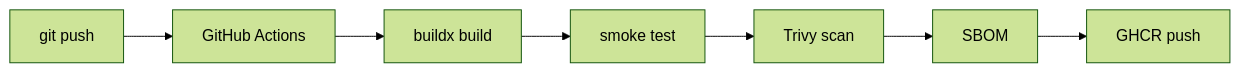
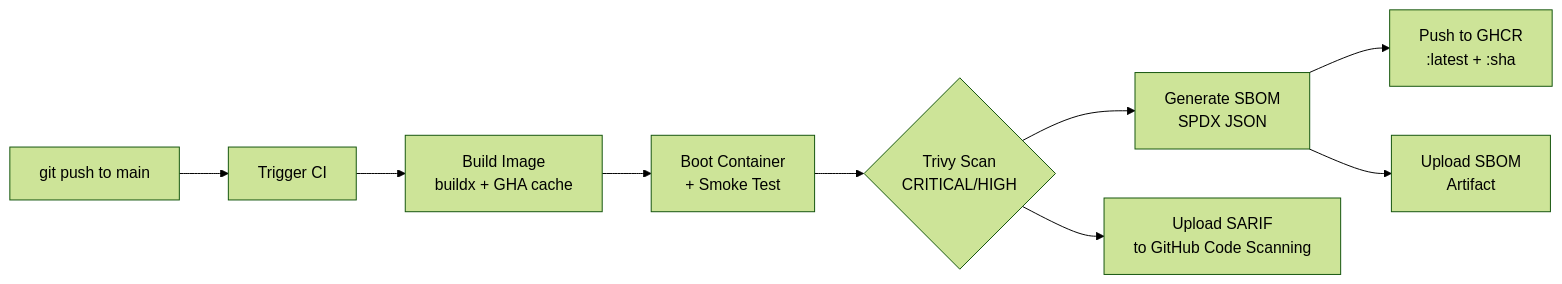
One commit to DynamicKarabo/changedetection-deployment changed the second of 2 diagrams in README.md. Above: the diagram before and after it, drawn with Mermaid (forest theme). The commit also changed other lines of this file, not shown here.

Commit message:
docs: rewrite README with architecture diagrams, design decisions, and supply chain security

````diff
--- a/README.md
+++ b/README.md
@@ -28,9 +73,11 @@
 ```mermaid
 flowchart LR
-  A[git push] --> B[GitHub Actions]
-  B --> C[buildx build]
-  C --> D[smoke test]
-  D --> E[Trivy scan]
-  E --> F[SBOM]
-  F --> G[GHCR push]
+    A[git push to main] --> B[Trigger CI]
+    B --> C[Build Image<br/>buildx + GHA cache]
+    C --> D[Boot Container<br/>+ Smoke Test]
+    D --> E{Trivy Scan<br/>CRITICAL/HIGH}
+    E --> F[Generate SBOM<br/>SPDX JSON]
+    F --> G[Push to GHCR<br/>:latest + :sha]
+    E --> H[Upload SARIF<br/>to GitHub Code Scanning]
+    F --> I[Upload SBOM<br/>Artifact]
 ```
````
